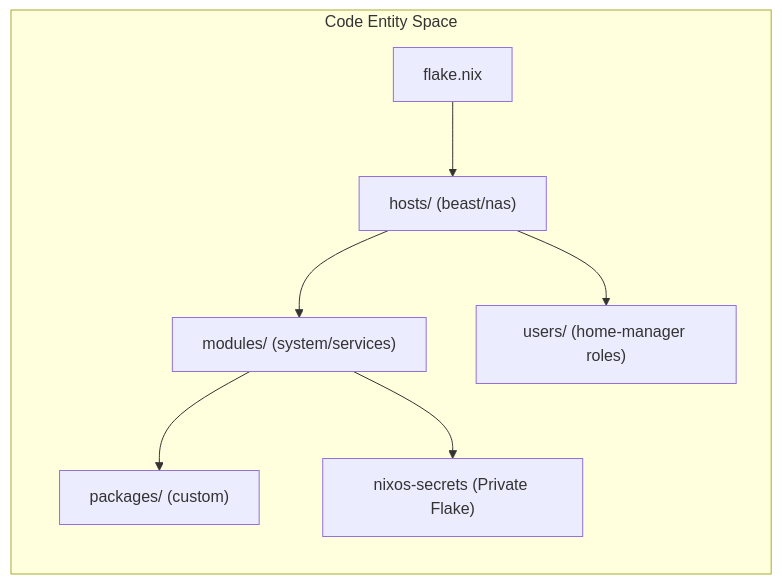
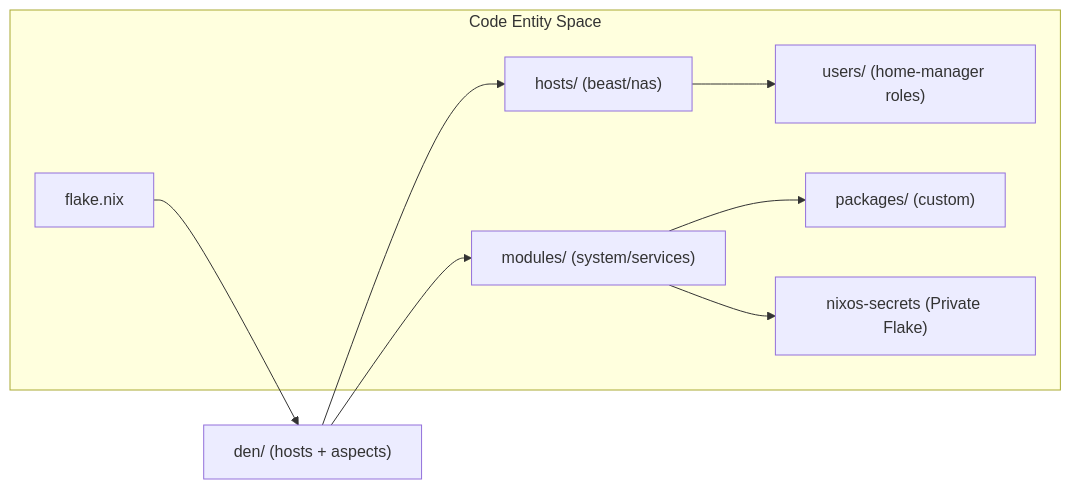
The first of 2 diagrams in docs/Repository-Structure-and-Conventions.md (Cody-W-Tucker/nix-config), drawn with Mermaid before and after one commit. The commit also changed other lines of this file and 7 other files, not shown here.

````diff
--- a/docs/Repository-Structure-and-Conventions.md
+++ b/docs/Repository-Structure-and-Conventions.md
@@ -24,16 +25,18 @@
 ```mermaid
 flowchart LR
     subgraph subGraph0 ["Code Entity Space"]
         FLAKE["flake.nix"]
         HOSTS["hosts/ (beast/nas)"]
         MODS["modules/ (system/services)"]
     USERS["users/ (home-manager roles)"]
         PKGS["packages/ (custom)"]
         SECRETS["nixos-secrets (Private Flake)"]
     end
-    FLAKE --> HOSTS
-    HOSTS --> MODS
+    DEN["den/ (hosts + aspects)"]
+    FLAKE --> DEN
+    DEN --> HOSTS
+    DEN --> MODS
     HOSTS --> USERS
     MODS --> PKGS
     MODS --> SECRETS
 ```
````
